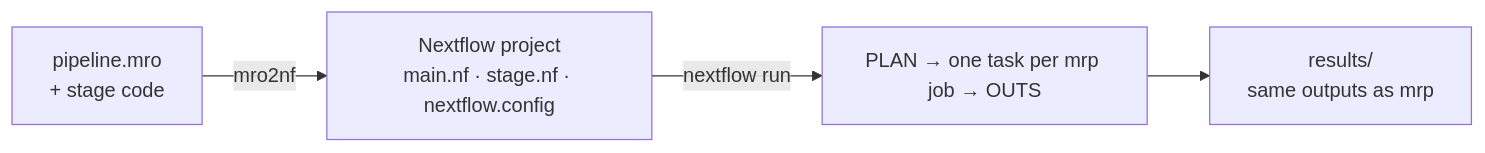
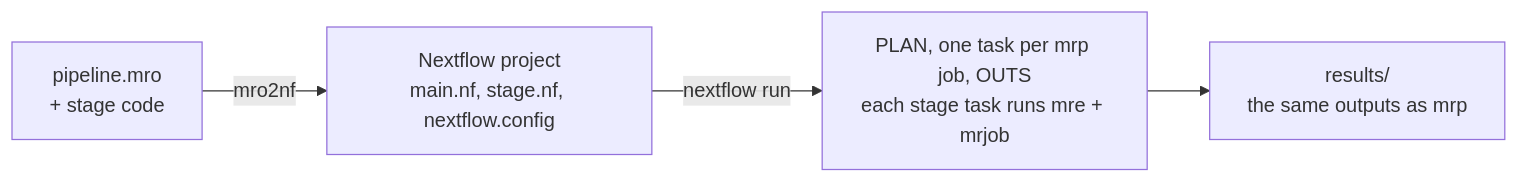
The diagram in README.md (eunmann/mro2nf), drawn with Mermaid before and after one commit. The commit also changed other lines of this file and 52 other files, not shown here.

````diff
--- a/README.md
+++ b/README.md
@@ -10,6 +29,6 @@
 ```mermaid
 flowchart LR
-    mro["pipeline.mro<br/>+ stage code"] -->|mro2nf| project["Nextflow project<br/>main.nf · stage.nf · nextflow.config"]
-    project -->|nextflow run| run["PLAN → one task per mrp job → OUTS"]
-    run --> results["results/<br/>same outputs as mrp"]
+    mro["pipeline.mro<br/>+ stage code"] -->|mro2nf| project["Nextflow project<br/>main.nf, stage.nf, nextflow.config"]
+    project -->|nextflow run| run["PLAN, one task per mrp job, OUTS<br/>each stage task runs mre + mrjob"]
+    run --> results["results/<br/>the same outputs as mrp"]
 ```
````
